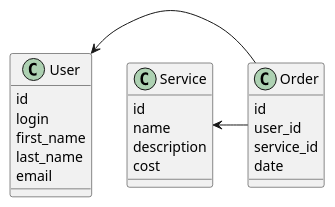
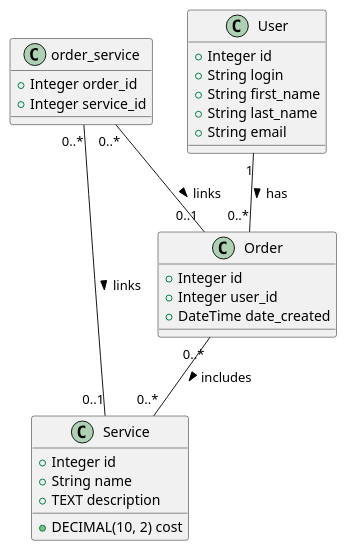
Before and after one commit to KoryakovDmitry/hl_mai_lab_01_python: the diagram in umls/model_data.iuml, drawn with PlantUML.

Commit message:
upd model_data.iuml

```diff
--- a/umls/model_data.iuml
+++ b/umls/model_data.iuml
@@ -1,28 +1,34 @@
 @startuml
 
 class User {
-  id
-  login
-  first_name
-  last_name
-  email
+    + Integer id
+    + String login
+    + String first_name
+    + String last_name
+    + String email
 }
 
 class Service {
-  id
-  name
-  description
-  cost
+    + Integer id
+    + String name
+    + TEXT description
+    + DECIMAL(10, 2) cost
 }
 
 class Order {
-  id
-  user_id
-  service_id
-  date
+    + Integer id
+    + Integer user_id
+    + DateTime date_created
 }
 
-User <- Order
-Service <- Order
+class order_service {
+    + Integer order_id
+    + Integer service_id
+}
+
+User "1" -- "0..*" Order : has >
+Order "0..*" -- "0..*" Service : includes >
+order_service "0..*" -down- "0..1" Order : links >
+order_service "0..*" -right- "0..1" Service : links >
 
 @enduml
```
